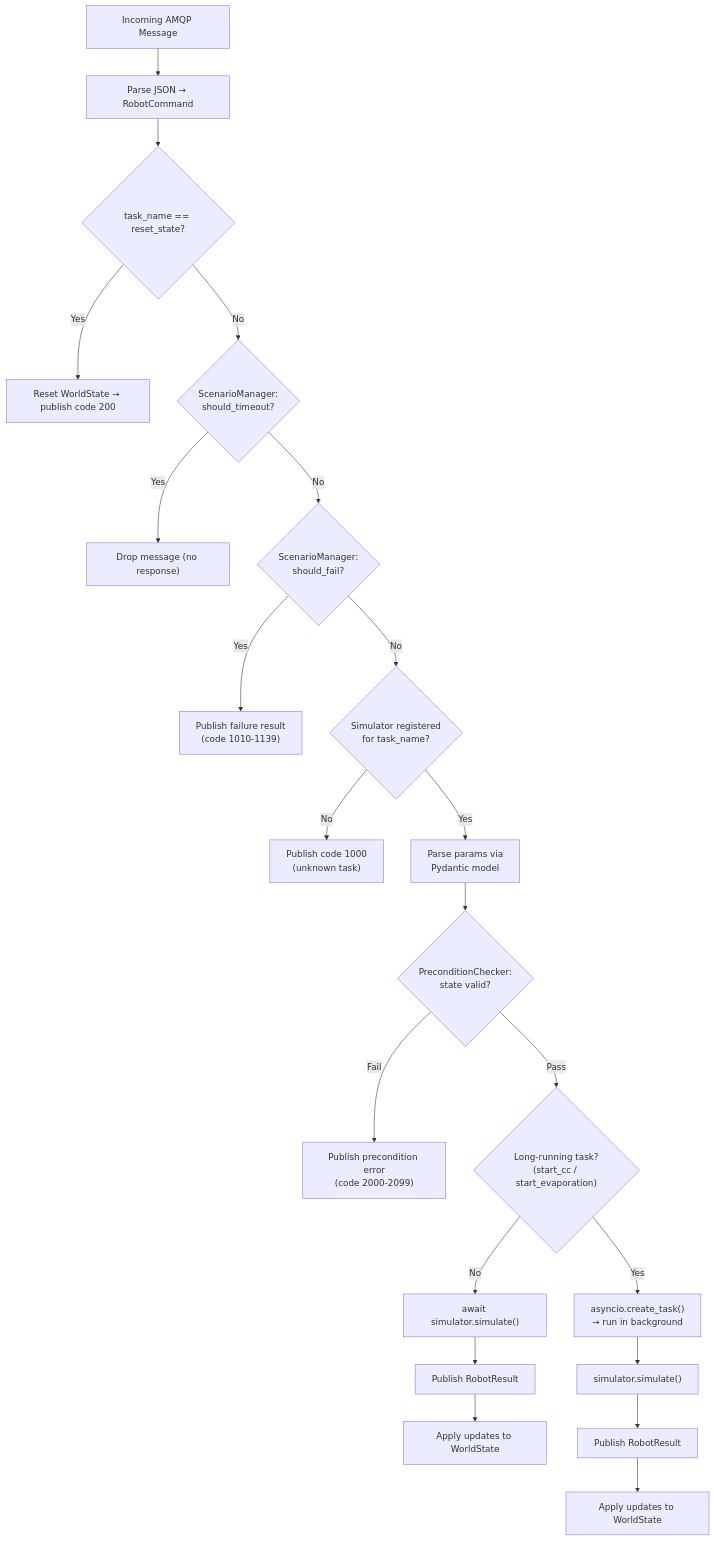
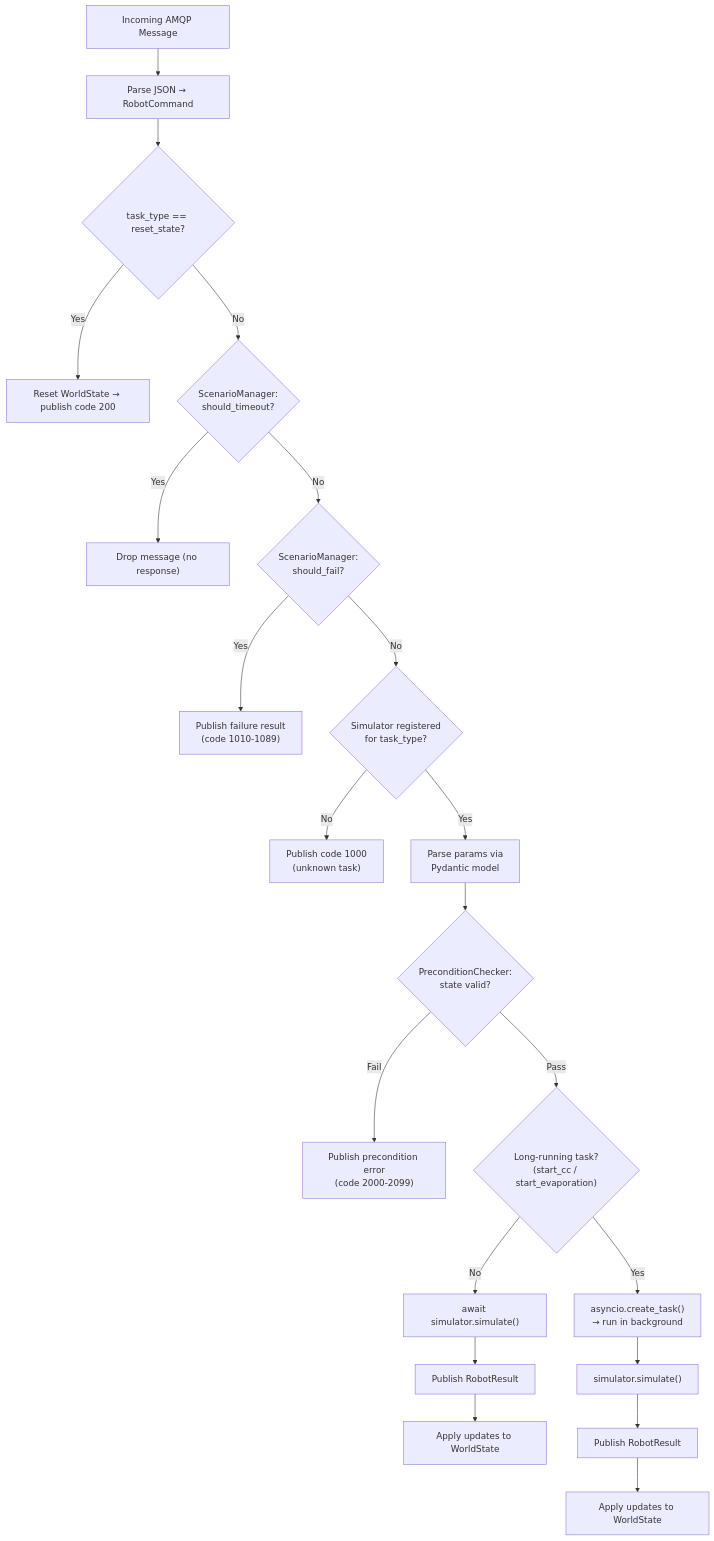
The second of 4 diagrams in README.md (DrakeZhou97/BIC-mock-exchange-server), drawn with Mermaid before and after one commit. The commit also changed other lines of this file and 14 other files, not shown here.

````diff
--- a/README.md
+++ b/README.md
@@ -206,23 +197,23 @@
 ```mermaid
 flowchart TD
     MSG["Incoming AMQP Message"] --> PARSE["Parse JSON → RobotCommand"]
-    PARSE --> SPECIAL{"task_name == reset_state?"}
+    PARSE --> SPECIAL{"task_type == reset_state?"}
     SPECIAL -->|"Yes"| RESET["Reset WorldState → publish code 200"]
     SPECIAL -->|"No"| TIMEOUT{"ScenarioManager:<br/>should_timeout?"}
     TIMEOUT -->|"Yes"| DROP["Drop message (no response)"]
     TIMEOUT -->|"No"| FAIL{"ScenarioManager:<br/>should_fail?"}
-    FAIL -->|"Yes"| ERR["Publish failure result<br/>(code 1010-1139)"]
-    FAIL -->|"No"| LOOKUP{"Simulator registered<br/>for task_name?"}
+    FAIL -->|"Yes"| ERR["Publish failure result<br/>(code 1010-1089)"]
+    FAIL -->|"No"| LOOKUP{"Simulator registered<br/>for task_type?"}
     LOOKUP -->|"No"| UNK["Publish code 1000<br/>(unknown task)"]
     LOOKUP -->|"Yes"| VALIDATE["Parse params via<br/>Pydantic model"]
     VALIDATE --> PRECOND{"PreconditionChecker:<br/>state valid?"}
     PRECOND -->|"Fail"| PREERR["Publish precondition error<br/>(code 2000-2099)"]
     PRECOND -->|"Pass"| LONGRUN{"Long-running task?<br/>(start_cc / start_evaporation)"}
     LONGRUN -->|"Yes"| BG["asyncio.create_task()<br/>→ run in background"]
     LONGRUN -->|"No"| SYNC["await simulator.simulate()"]
     SYNC --> PUB["Publish RobotResult"]
     PUB --> STATE["Apply updates to WorldState"]
     BG --> BGSIM["simulator.simulate()"]
     BGSIM --> BGPUB["Publish RobotResult"]
     BGPUB --> BGSTATE["Apply updates to WorldState"]
 ```
````
